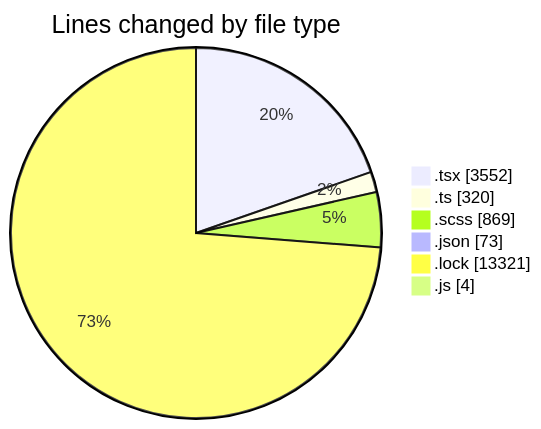
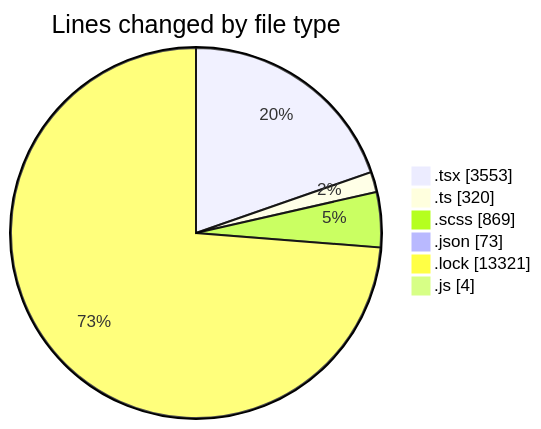
The first of 2 diagrams in 2025-02-12/cda/README.md (momahboobian/code-tracking), drawn with Mermaid before and after one commit. The commit also changed other lines of this file and 1 other file, not shown here.

````diff
--- a/2025-02-12/cda/README.md
+++ b/2025-02-12/cda/README.md
@@ -41,10 +41,10 @@
 ```mermaid
 pie showData
 title Lines changed by file type
-".tsx" : 3552
+".tsx" : 3553
 ".ts" : 320
 ".scss" : 869
 ".json" : 73
 ".lock" : 13321
 ".js" : 4
 ```
````
